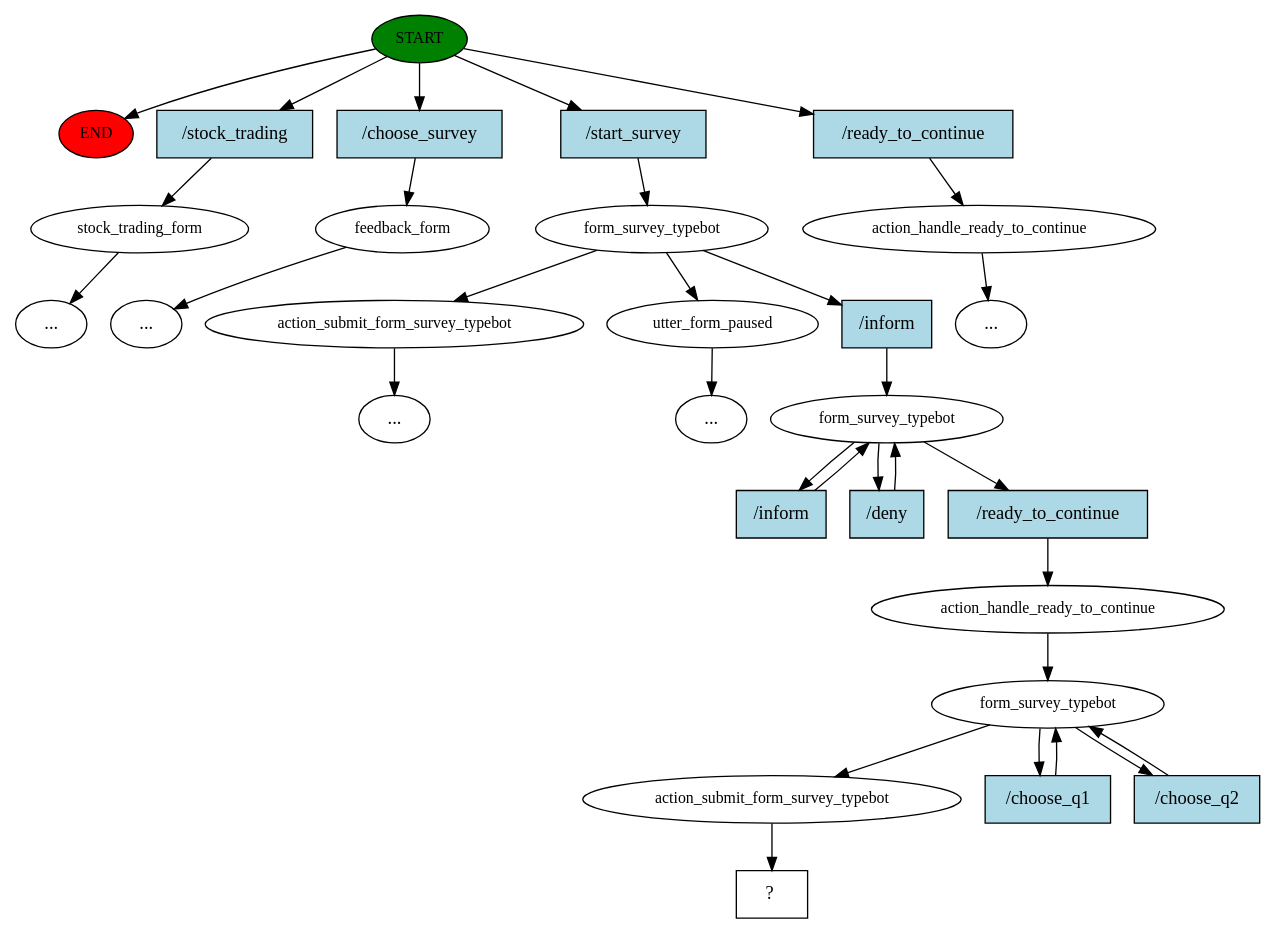
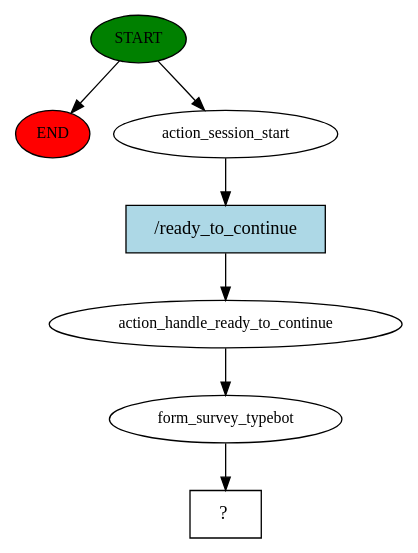
One commit to KhanhBa923/Rasa_Stock_Chatbot changed the diagram in story_graph.dot. Above: the diagram before and after it, drawn with Graphviz. The commit also changed 4 other files, not shown here.

Commit message:
Fix continue survey form

```diff
--- a/story_graph.dot
+++ b/story_graph.dot
@@ -1,61 +1,15 @@
 digraph  {
 0 [class="start active", fillcolor=green, fontsize=12, label=START, style=filled];
 "-1" [class=end, fillcolor=red, fontsize=12, label=END, style=filled];
-1 [class="", fontsize=12, label=stock_trading_form];
-"-3" [class=ellipsis, label="..."];
-2 [class="", fontsize=12, label=feedback_form];
-"-5" [class=ellipsis, label="..."];
-4 [class=active, fontsize=12, label=form_survey_typebot];
-5 [class="", fontsize=12, label=action_submit_form_survey_typebot];
-"-6" [class=ellipsis, label="..."];
-7 [class="", fontsize=12, label=utter_form_paused];
-"-7" [class=ellipsis, label="..."];
-8 [class="", fontsize=12, label=action_handle_ready_to_continue];
-"-8" [class=ellipsis, label="..."];
-10 [class=active, fontsize=12, label=form_survey_typebot];
-14 [class=active, fontsize=12, label=action_handle_ready_to_continue];
-15 [class=active, fontsize=12, label=form_survey_typebot];
-18 [class=active, fontsize=12, label=action_submit_form_survey_typebot];
-19 [class="intent dashed active", label="  ?  ", shape=rect];
-20 [class=intent, fillcolor=lightblue, label="/stock_trading", shape=rect, style=filled];
-21 [class=intent, fillcolor=lightblue, label="/choose_survey", shape=rect, style=filled];
-22 [class="intent active", fillcolor=lightblue, label="/start_survey", shape=rect, style=filled];
-23 [class=intent, fillcolor=lightblue, label="/ready_to_continue", shape=rect, style=filled];
-24 [class="intent active", fillcolor=lightblue, label="/inform", shape=rect, style=filled];
-25 [class="intent active", fillcolor=lightblue, label="/inform", shape=rect, style=filled];
-26 [class="intent active", fillcolor=lightblue, label="/deny", shape=rect, style=filled];
-27 [class="intent active", fillcolor=lightblue, label="/ready_to_continue", shape=rect, style=filled];
-28 [class="intent active", fillcolor=lightblue, label="/choose_q1", shape=rect, style=filled];
-29 [class="intent active", fillcolor=lightblue, label="/choose_q2", shape=rect, style=filled];
+1 [class=active, fontsize=12, label=action_session_start];
+2 [class=active, fontsize=12, label=action_handle_ready_to_continue];
+3 [class=active, fontsize=12, label=form_survey_typebot];
+4 [class="intent dashed active", label="  ?  ", shape=rect];
+5 [class="intent active", fillcolor=lightblue, label="/ready_to_continue", shape=rect, style=filled];
 0 -> "-1"  [class="", key=NONE, label=""];
-0 -> 20  [class="", key=0];
-0 -> 21  [class="", key=0];
-0 -> 22  [class=active, key=0];
-0 -> 23  [class="", key=0];
-1 -> "-3"  [class="", key=NONE, label=""];
-2 -> "-5"  [class="", key=NONE, label=""];
-4 -> 5  [class="", key=NONE, label=""];
-4 -> 7  [class="", key=NONE, label=""];
-4 -> 24  [class=active, key=0];
-5 -> "-6"  [class="", key=NONE, label=""];
-7 -> "-7"  [class="", key=NONE, label=""];
-8 -> "-8"  [class="", key=NONE, label=""];
-10 -> 25  [class=active, key=0];
-10 -> 26  [class=active, key=0];
-10 -> 27  [class=active, key=0];
-14 -> 15  [class=active, key=NONE, label=""];
-15 -> 18  [class=active, key=NONE, label=""];
-15 -> 28  [class=active, key=0];
-15 -> 29  [class=active, key=0];
-18 -> 19  [class=active, key=NONE, label=""];
-20 -> 1  [class="", key=0];
-21 -> 2  [class="", key=0];
-22 -> 4  [class=active, key=0];
-23 -> 8  [class="", key=0];
-24 -> 10  [class=active, key=0];
-25 -> 10  [class=active, key=0];
-26 -> 10  [class=active, key=0];
-27 -> 14  [class=active, key=0];
-28 -> 15  [class=active, key=0];
-29 -> 15  [class=active, key=0];
+0 -> 1  [class=active, key=NONE, label=""];
+1 -> 5  [class=active, key=0];
+2 -> 3  [class=active, key=NONE, label=""];
+3 -> 4  [class=active, key=NONE, label=""];
+5 -> 2  [class=active, key=0];
 }
```
